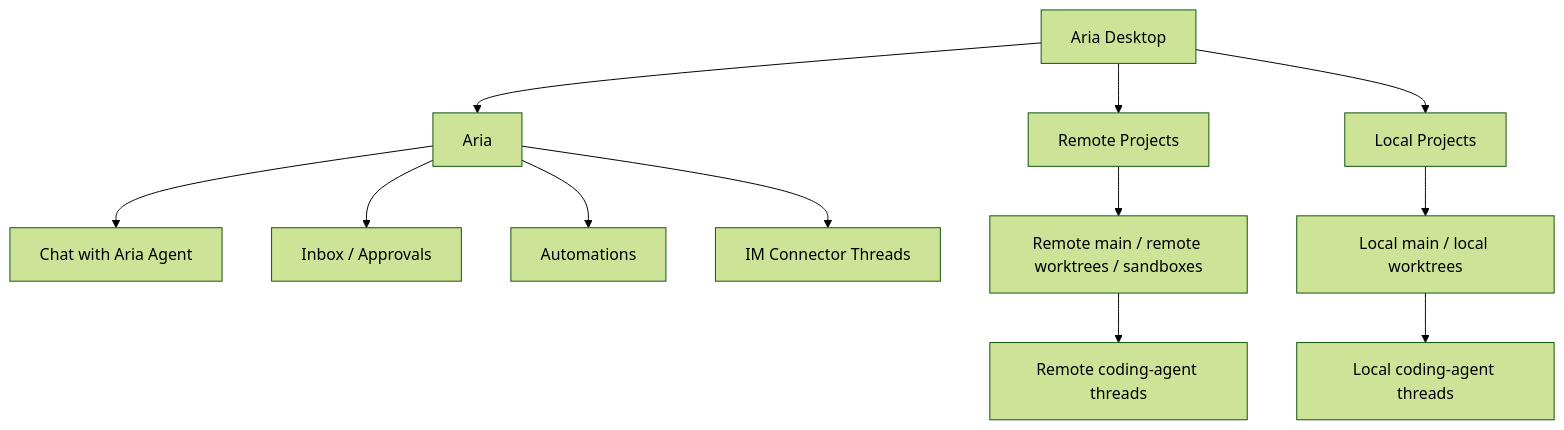
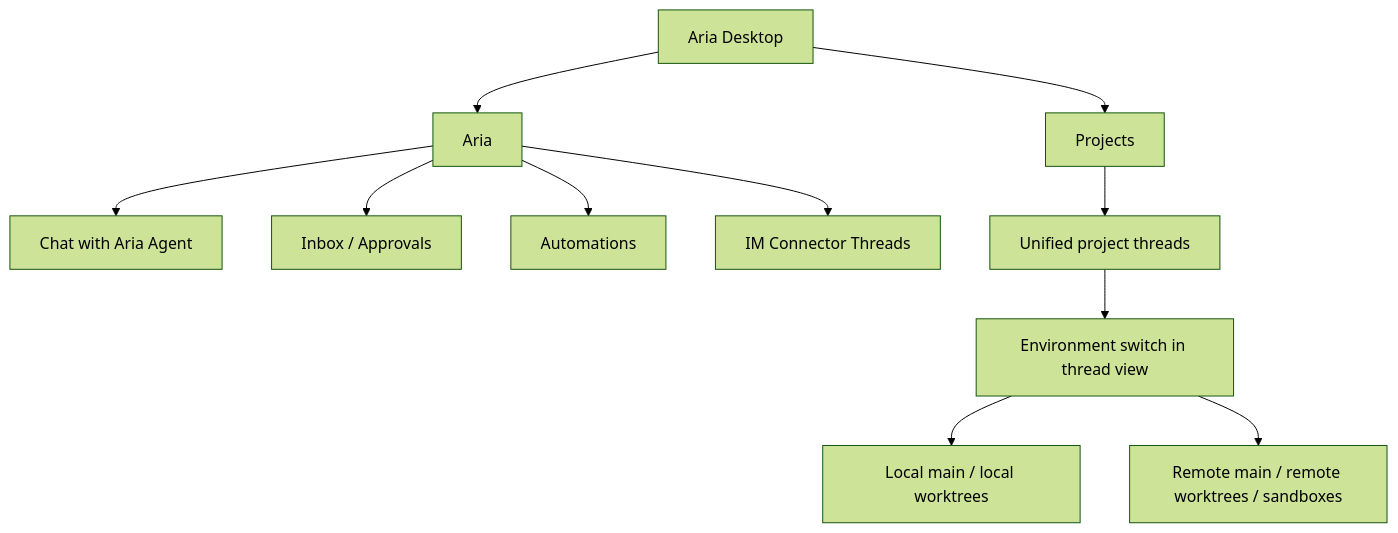
The second of 3 diagrams in docs/new-architecture/desktop-and-mobile.md (sichengchen/esperta-aria), drawn with Mermaid (forest theme) before and after one commit. The commit also changed other lines of this file and 6 other files, not shown here.

Commit message:
docs: refine target-state architecture model

````diff
--- a/docs/new-architecture/desktop-and-mobile.md
+++ b/docs/new-architecture/desktop-and-mobile.md
@@ -55,17 +85,15 @@
 ```mermaid
 flowchart TB
     Desktop["Aria Desktop"] --> Aria["Aria"]
-    Desktop --> Remote["Remote Projects"]
-    Desktop --> Local["Local Projects"]
+    Desktop --> Projects["Projects"]
 
     Aria --> AriaChat["Chat with Aria Agent"]
     Aria --> AriaInbox["Inbox / Approvals"]
     Aria --> AriaAuto["Automations"]
     Aria --> AriaIM["IM Connector Threads"]
 
-    Remote --> RemoteEnv["Remote main / remote worktrees / sandboxes"]
-    RemoteEnv --> RemoteThreads["Remote coding-agent threads"]
-
-    Local --> LocalEnv["Local main / local worktrees"]
-    LocalEnv --> LocalThreads["Local coding-agent threads"]
+    Projects --> ProjectThreads["Unified project threads"]
+    ProjectThreads --> EnvSwitch["Environment switch in thread view"]
+    EnvSwitch --> LocalEnv["Local main / local worktrees"]
+    EnvSwitch --> RemoteEnv["Remote main / remote worktrees / sandboxes"]
 ```
````
